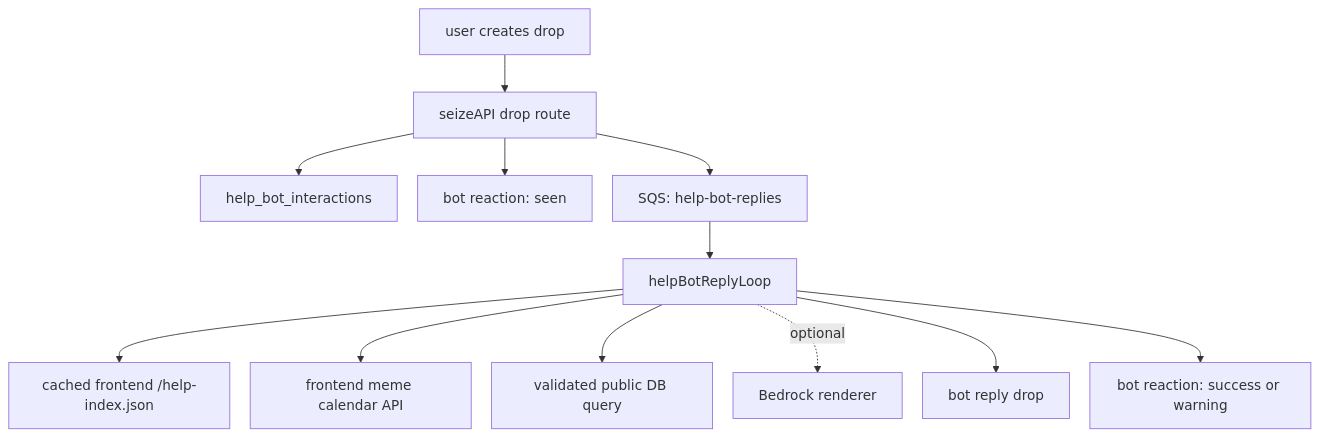
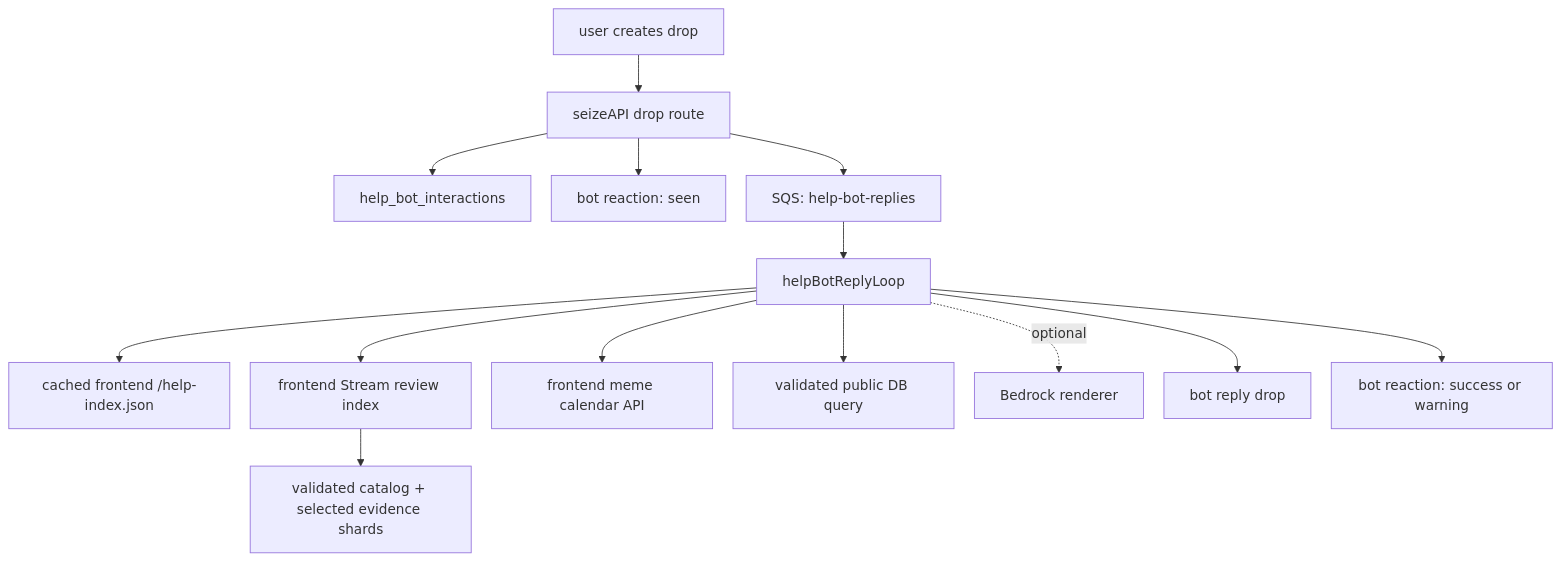
Before and after one commit to 6529-Collections/6529seize-backend: the second of 3 diagrams in docs/architecture.md, drawn with Mermaid. The commit also changed other lines of this file and 8 other files, not shown here.

Commit message:
Add bounded Stream knowledge retrieval

````diff
--- a/docs/architecture.md
+++ b/docs/architecture.md
@@ -453,15 +453,17 @@
 ```mermaid
 %%{init: {"flowchart": {"nodeSpacing": 24, "rankSpacing": 44, "curve": "basis"}} }%%
 flowchart TD
   UserDrop["user creates drop"] --> DropRoute["seizeAPI drop route"]
   DropRoute --> InteractionRow["help_bot_interactions"]
   DropRoute --> SeenReaction["bot reaction: seen"]
   DropRoute --> HelpBotSqs["SQS: help-bot-replies"]
   HelpBotSqs --> HelpBotWorker["helpBotReplyLoop"]
   HelpBotWorker --> FrontendIndex["cached frontend /help-index.json"]
+  HelpBotWorker --> StreamReviewIndex["frontend Stream review index"]
+  StreamReviewIndex --> StreamKnowledge["validated catalog + selected evidence shards"]
   HelpBotWorker --> FrontendCalendar["frontend meme calendar API"]
   HelpBotWorker --> PublicData["validated public DB query"]
   HelpBotWorker -. optional .-> Bedrock["Bedrock renderer"]
   HelpBotWorker --> BotReply["bot reply drop"]
   HelpBotWorker --> FinalReaction["bot reaction: success or warning"]
 ```
````
